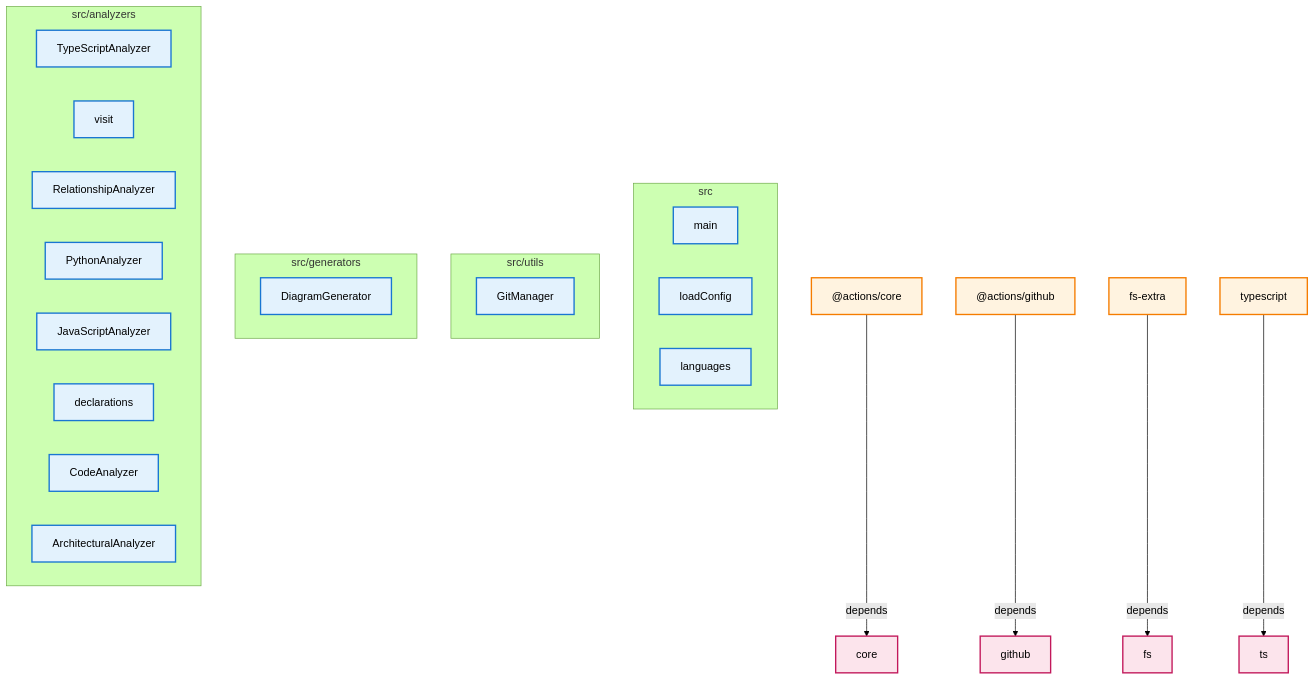
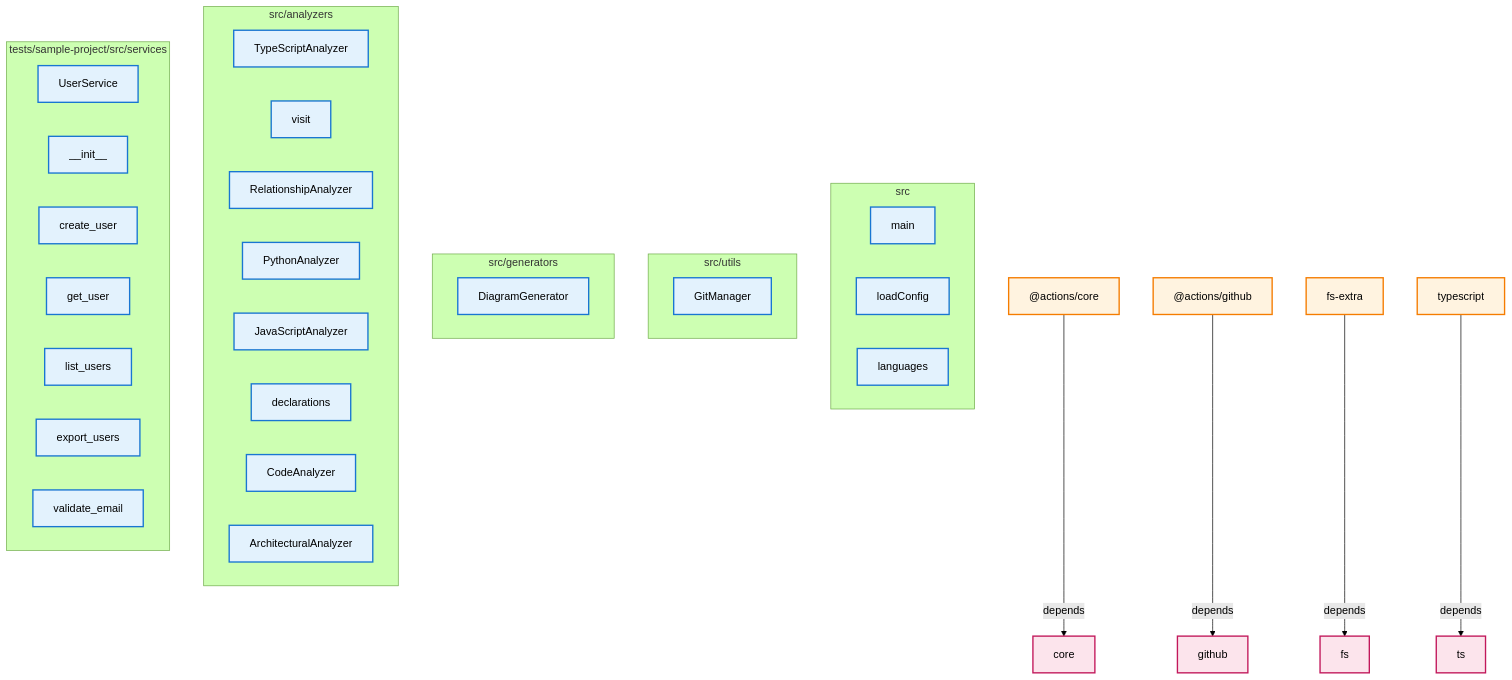
Before and after one commit to samjhill/diagrammer: the diagram in docs/architecture/architecture.md, drawn with Mermaid (forest theme). The commit also changed 8 other files, not shown here.

Commit message:
docs: Update architecture diagrams

````diff
--- a/docs/architecture/architecture.md
+++ b/docs/architecture/architecture.md
@@ -33,6 +33,16 @@
     declarations["declarations"]
     CodeAnalyzer["CodeAnalyzer"]
     ArchitecturalAnalyzer["ArchitecturalAnalyzer"]
+  end
+
+  subgraph tests_sample_project_src_services["tests/sample-project/src/services"]
+    UserService["UserService"]
+    __init__["__init__"]
+    create_user["create_user"]
+    get_user["get_user"]
+    list_users["list_users"]
+    export_users["export_users"]
+    validate_email["validate_email"]
   end
 
   _actions_core["@actions/core"]
@@ -68,5 +78,12 @@
   declarations:::component
   CodeAnalyzer:::component
   ArchitecturalAnalyzer:::component
+  UserService:::component
+  __init__:::component
+  create_user:::component
+  get_user:::component
+  list_users:::component
+  export_users:::component
+  validate_email:::component
 
 ```
````
